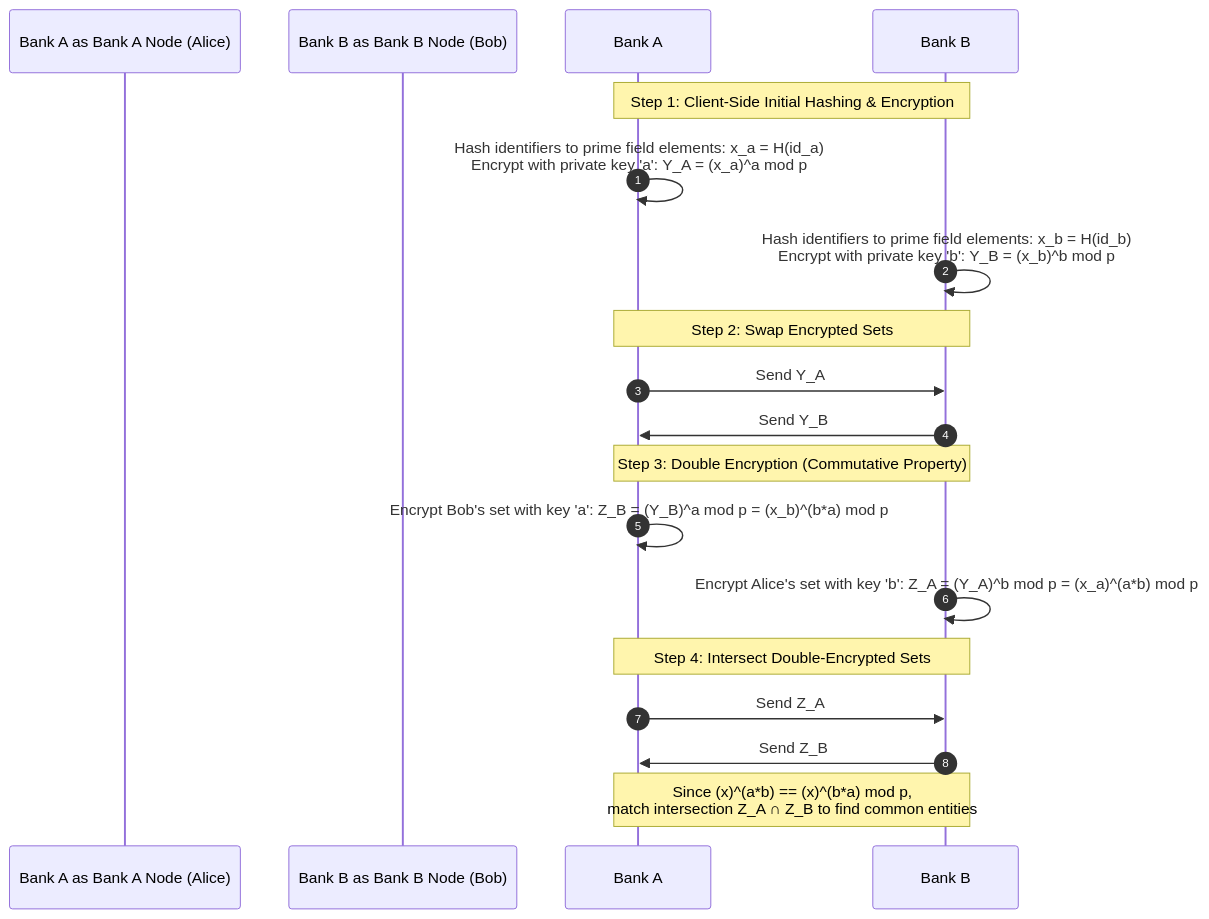
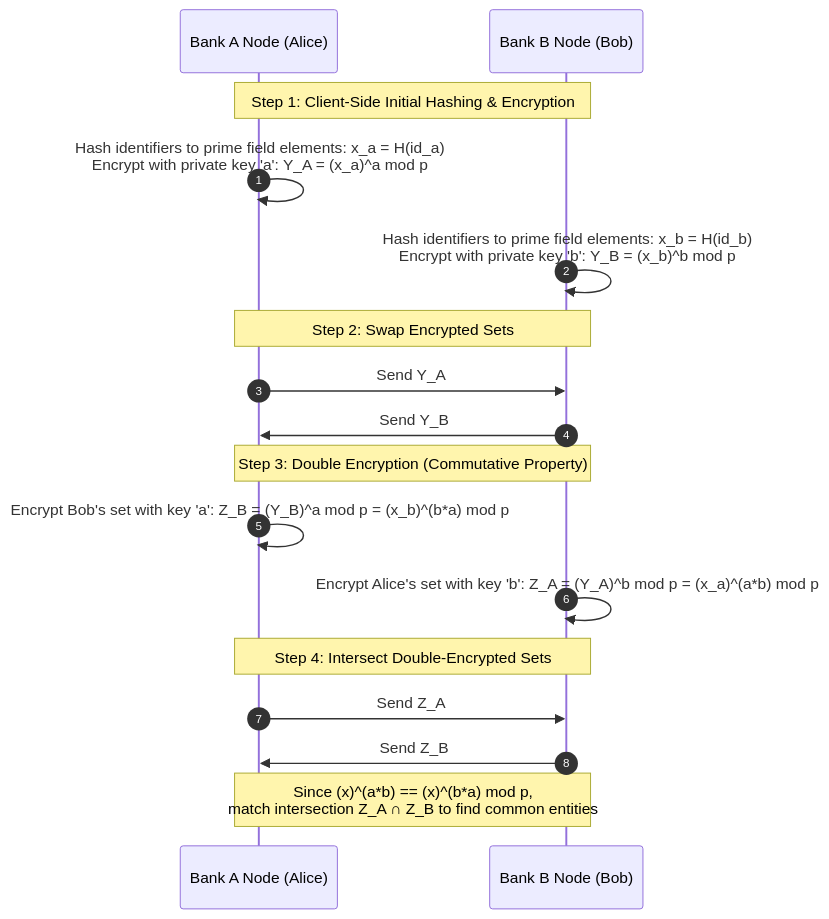
One commit to yusufcalisir/Collaborative-Fraud-Intelligence-Simulator changed the second of 3 diagrams in README.md. Above: the diagram before and after it, drawn with Mermaid.

Commit message:
Fix duplicate participant columns in ZK-PSI Mermaid sequence diagram by using A and B aliases

````diff
--- a/README.md
+++ b/README.md
@@ -151,23 +151,23 @@
 ```mermaid
 sequenceDiagram
     autonumber
-    participant Bank A as Bank A Node (Alice)
-    participant Bank B as Bank B Node (Bob)
+    participant A as Bank A Node (Alice)
+    participant B as Bank B Node (Bob)
     
-    Note over Bank A, Bank B: Step 1: Client-Side Initial Hashing & Encryption
-    Bank A->>Bank A: Hash identifiers to prime field elements: x_a = H(id_a)<br/>Encrypt with private key 'a': Y_A = (x_a)^a mod p
-    Bank B->>Bank B: Hash identifiers to prime field elements: x_b = H(id_b)<br/>Encrypt with private key 'b': Y_B = (x_b)^b mod p
+    Note over A, B: Step 1: Client-Side Initial Hashing & Encryption
+    A->>A: Hash identifiers to prime field elements: x_a = H(id_a)<br/>Encrypt with private key 'a': Y_A = (x_a)^a mod p
+    B->>B: Hash identifiers to prime field elements: x_b = H(id_b)<br/>Encrypt with private key 'b': Y_B = (x_b)^b mod p
     
-    Note over Bank A, Bank B: Step 2: Swap Encrypted Sets
-    Bank A->>Bank B: Send Y_A
-    Bank B->>Bank A: Send Y_B
+    Note over A, B: Step 2: Swap Encrypted Sets
+    A->>B: Send Y_A
+    B->>A: Send Y_B
     
-    Note over Bank A, Bank B: Step 3: Double Encryption (Commutative Property)
-    Bank A->>Bank A: Encrypt Bob's set with key 'a': Z_B = (Y_B)^a mod p = (x_b)^(b*a) mod p
-    Bank B->>Bank B: Encrypt Alice's set with key 'b': Z_A = (Y_A)^b mod p = (x_a)^(a*b) mod p
+    Note over A, B: Step 3: Double Encryption (Commutative Property)
+    A->>A: Encrypt Bob's set with key 'a': Z_B = (Y_B)^a mod p = (x_b)^(b*a) mod p
+    B->>B: Encrypt Alice's set with key 'b': Z_A = (Y_A)^b mod p = (x_a)^(a*b) mod p
     
-    Note over Bank A, Bank B: Step 4: Intersect Double-Encrypted Sets
-    Bank A->>Bank B: Send Z_A
-    Bank B->>Bank A: Send Z_B
-    Note over Bank A, Bank B: Since (x)^(a*b) == (x)^(b*a) mod p,<br/>match intersection Z_A ∩ Z_B to find common entities
+    Note over A, B: Step 4: Intersect Double-Encrypted Sets
+    A->>B: Send Z_A
+    B->>A: Send Z_B
+    Note over A, B: Since (x)^(a*b) == (x)^(b*a) mod p,<br/>match intersection Z_A ∩ Z_B to find common entities
 ```
````
